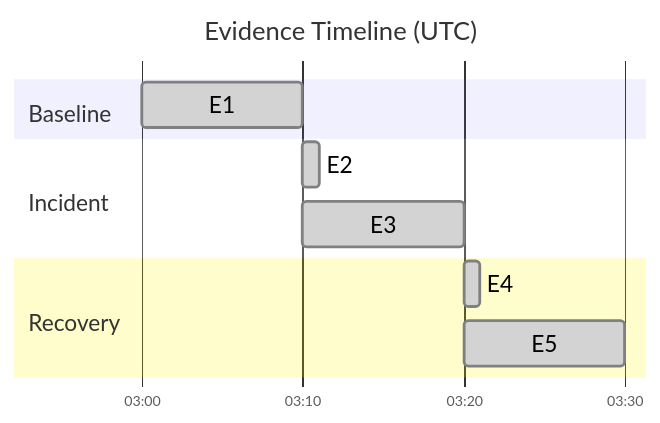
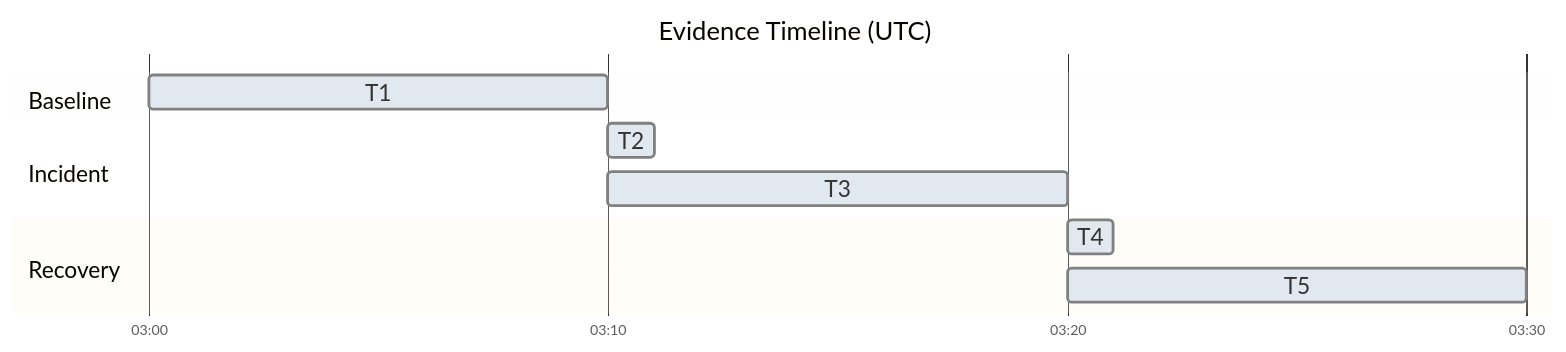
Before and after one commit to yeongseon/azure-functions-practical-guide: the fifth of 5 diagrams in docs/troubleshooting/lab-guides/deployment-not-running.md, drawn with Mermaid. The commit also changed other lines of this file and 1 other file, not shown here.

First line of the commit message:
docs(diagrams): improve gantt text legibility in both palettes

````diff
--- a/docs/troubleshooting/lab-guides/deployment-not-running.md
+++ b/docs/troubleshooting/lab-guides/deployment-not-running.md
@@ -925,18 +933,18 @@
 ```mermaid
-%%{init: {'gantt': {'useWidth': 460, 'leftPadding': 90, 'rightPadding': 30, 'fontSize': 16, 'sectionFontSize': 16, 'barHeight': 32, 'barGap': 10, 'topPadding': 55}, 'themeCSS': '.grid .tick text { font-size: 16px !important; }'}}%%
+%%{init: {"gantt":{"fontSize":16,"sectionFontSize":16,"leftPadding":95,"rightPadding":35,"barHeight":24,"barGap":10},"theme":"base","themeVariables":{"doneTaskBkgColor":"#e2e8f0","critBkgColor":"#fed7aa","taskBkgColor":"#e2e8f0"},"themeCSS":".grid .tick text{font-size:16px;fill:var(--md-default-fg-color);} .section{opacity:0;} .titleText{font-size:14px;fill:var(--md-default-fg-color);} .sectionTitle{fill:var(--md-default-fg-color);} .taskTextOutsideLeft,.taskTextOutsideRight{fill:var(--md-default-fg-color)!important;} .taskText{fill:#14202e!important;}"}}%%
 gantt
     accTitle: Historical walkthrough evidence windows
     accDescr: UTC windows copied from the historical walkthrough: baseline deploy and verify at 03:00 for ten minutes; runtime mismatch injection at 03:10 for one minute and incident capture for ten minutes; runtime correction and redeploy at 03:20 for one minute and recovery verification for ten minutes. Done markers preserve the existing model, not new Golden validation.
     title Evidence Timeline (UTC)
     dateFormat  HH:mm
     axisFormat  %H:%M
     tickInterval 10minute
     section Baseline
-    E1                                  :done, e1, 03:00, 10m
+    T1                                  :done, e1, 03:00, 10m
     section Incident
-    E2                                  :done, e2, 03:10, 1m
-    E3                                  :done, e3, 03:10, 10m
+    T2                                  :done, e2, 03:10, 1m
+    T3                                  :done, e3, 03:10, 10m
     section Recovery
-    E4                                  :done, e4, 03:20, 1m
-    E5                                  :done, e5, 03:20, 10m
+    T4                                  :done, e4, 03:20, 1m
+    T5                                  :done, e5, 03:20, 10m
 ```
````
